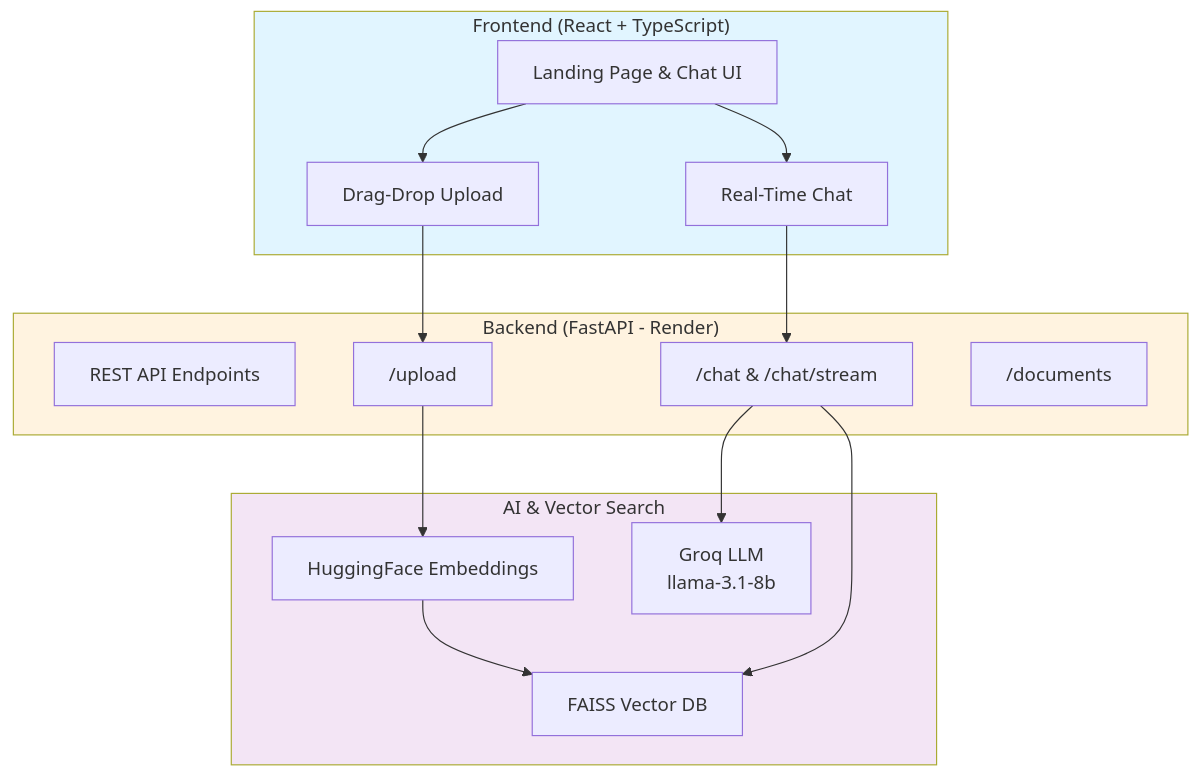
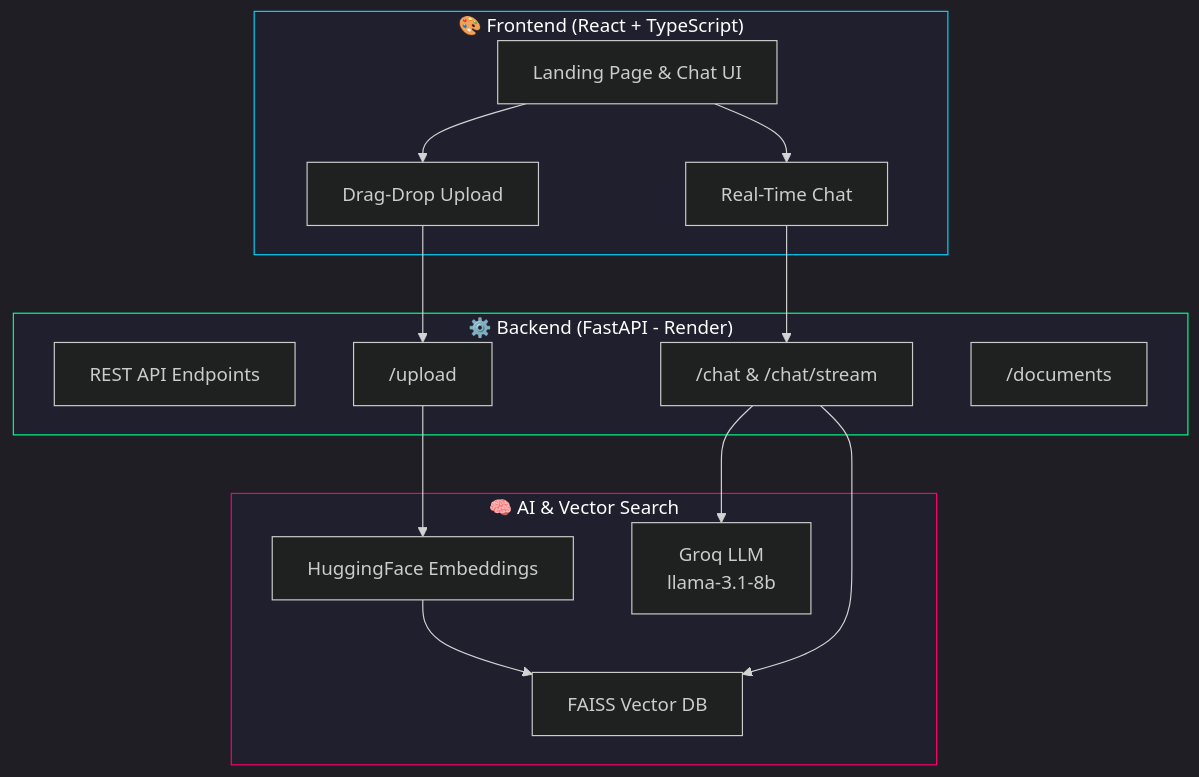
The first of 3 diagrams in README.md (farazmirzax/ContextAI), drawn with Mermaid before and after one commit. The commit also changed other lines of this file, not shown here.

Commit message:
readme better with mermaid

````diff
--- a/README.md
+++ b/README.md
@@ -31,34 +31,35 @@
 ```mermaid
+%%{init: {'theme':'dark'}}%%
 graph TB
-    subgraph Frontend["Frontend (React + TypeScript)"]
+    subgraph Frontend["🎨 Frontend (React + TypeScript)"]
         UI["Landing Page & Chat UI"]
         Upload["Drag-Drop Upload"]
         Chat["Real-Time Chat"]
     end
     
-    subgraph Backend["Backend (FastAPI - Render)"]
+    subgraph Backend["⚙️ Backend (FastAPI - Render)"]
         API["REST API Endpoints"]
         Upload_EP["/upload"]
         Chat_EP["/chat & /chat/stream"]
         Docs_EP["/documents"]
     end
     
-    subgraph AI["AI & Vector Search"]
+    subgraph AI["🧠 AI & Vector Search"]
         HF["HuggingFace Embeddings"]
         FAISS["FAISS Vector DB"]
         Groq["Groq LLM<br/>llama-3.1-8b"]
     end
     
     UI --> Upload
     UI --> Chat
     Upload --> Upload_EP
     Chat --> Chat_EP
     Upload_EP --> HF
     HF --> FAISS
     Chat_EP --> FAISS
     Chat_EP --> Groq
     
-    style Frontend fill:#e1f5ff
-    style Backend fill:#fff3e0
-    style AI fill:#f3e5f5
+    style Frontend fill:#1f1f2e,stroke:#00d4ff,color:#fff
+    style Backend fill:#1f1f2e,stroke:#00ff88,color:#fff
+    style AI fill:#1f1f2e,stroke:#ff006e,color:#fff
 ```
````
